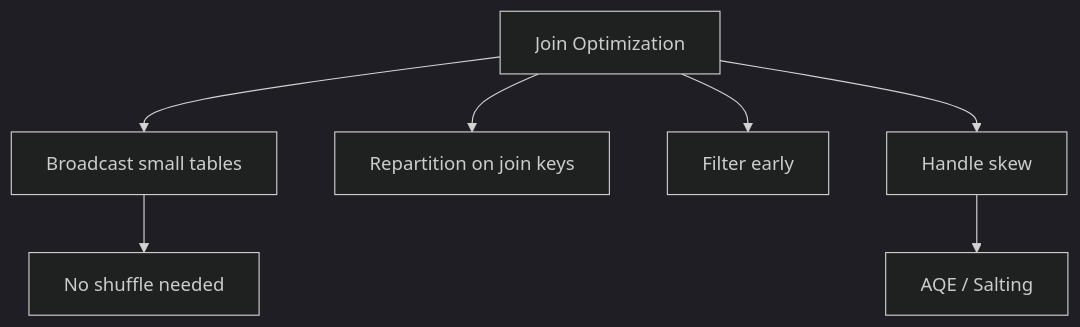
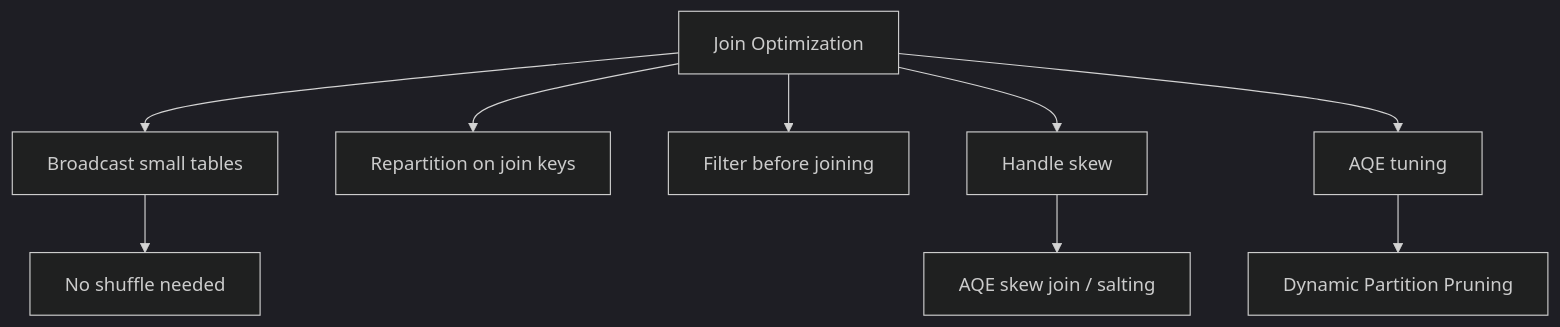
Before and after one commit to mahfooziiitian/spark-batch: the diagram in spark-sql/docs/join/optimization/index.md, drawn with Mermaid (dark theme). The commit also changed other lines of this file and 223 other files, not shown here.

````diff
--- a/spark-sql/docs/join/optimization/index.md
+++ b/spark-sql/docs/join/optimization/index.md
@@ -9,9 +9,11 @@
 ```mermaid
 graph TD
     O[Join Optimization] --> B[Broadcast small tables]
     O --> R[Repartition on join keys]
-    O --> F[Filter early]
+    O --> F[Filter before joining]
     O --> S[Handle skew]
+    O --> A[AQE tuning]
     B --> NL[No shuffle needed]
-    S --> AQE[AQE / Salting]
+    S --> AQE[AQE skew join / salting]
+    A --> DPP[Dynamic Partition Pruning]
 ```
````
